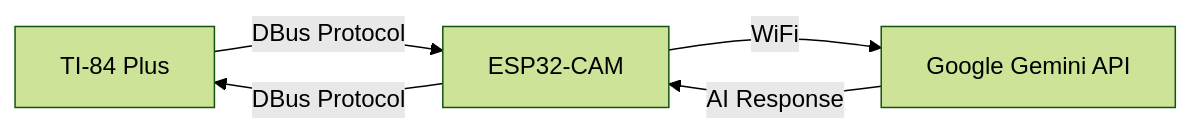
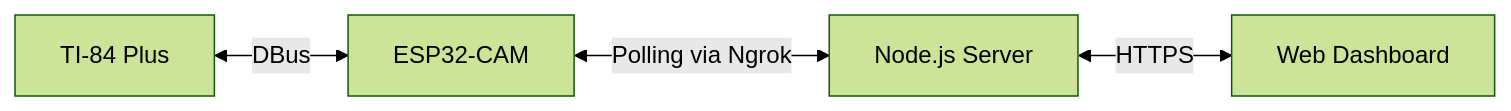
Before and after one commit to Quarkten/real-deal: the diagram in README.md, drawn with Mermaid (forest theme). The commit also changed other lines of this file and 41 other files, not shown here.

First line of the commit message:
Refactor project structure and implement Mailbox/Polling architecture

````diff
--- a/README.md
+++ b/README.md
@@ -25,7 +25,6 @@
 ```mermaid
 graph LR
-    A[TI-84 Plus] -->|DBus Protocol| B[ESP32-CAM]
-    B -->|WiFi| C[Google Gemini API]
-    C -->|AI Response| B
-    B -->|DBus Protocol| A
+    A[TI-84 Plus] <-->|DBus| B[ESP32-CAM]
+    B <-->|Polling via Ngrok| C[Node.js Server]
+    C <-->|HTTPS| D[Web Dashboard]
 ```
````
